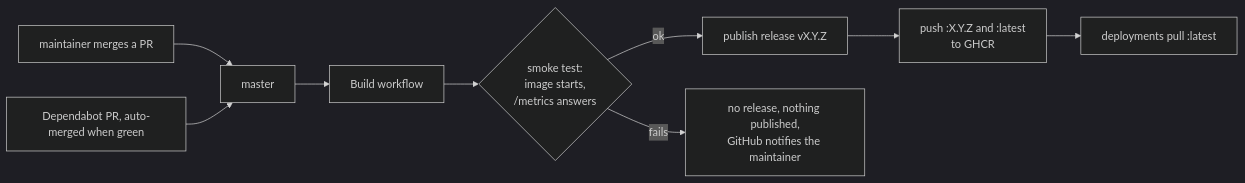
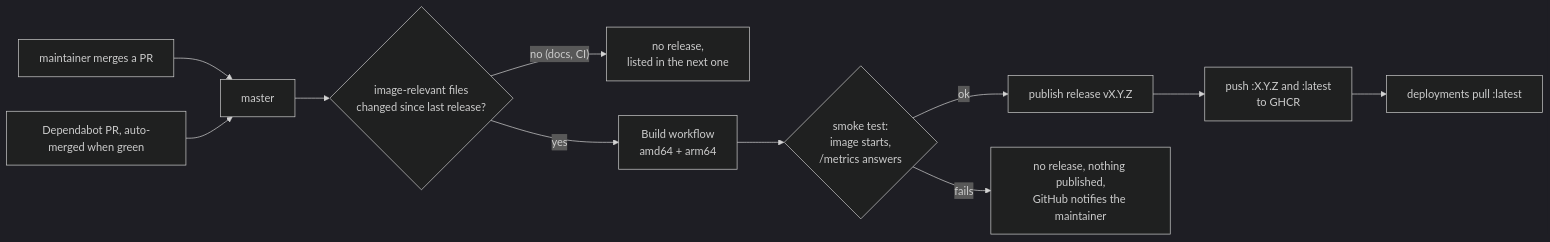
The diagram in RELEASING.md (motwok/DirAdvisor), drawn with Mermaid (dark theme) before and after one commit.

Commit message:
docs: update release flow diagram

````diff
--- a/RELEASING.md
+++ b/RELEASING.md
@@ -20,11 +20,13 @@
 ```mermaid
 flowchart LR
   O[maintainer merges a PR] --> M[master]
   D[Dependabot PR, auto-merged when green] --> M
-  M --> B[Build workflow]
+  M --> C{image-relevant files<br/>changed since last release?}
+  C -- "no (docs, CI)" --> Q[no release,<br/>listed in the next one]
+  C -- yes --> B[Build workflow<br/>amd64 + arm64]
   B --> T{smoke test:<br/>image starts,<br/>/metrics answers}
   T -- ok --> R[publish release vX.Y.Z]
   R --> G["push :X.Y.Z and :latest<br/>to GHCR"]
   T -- fails --> N[no release, nothing published,<br/>GitHub notifies the maintainer]
   G --> P[deployments pull :latest]
 ```
````
